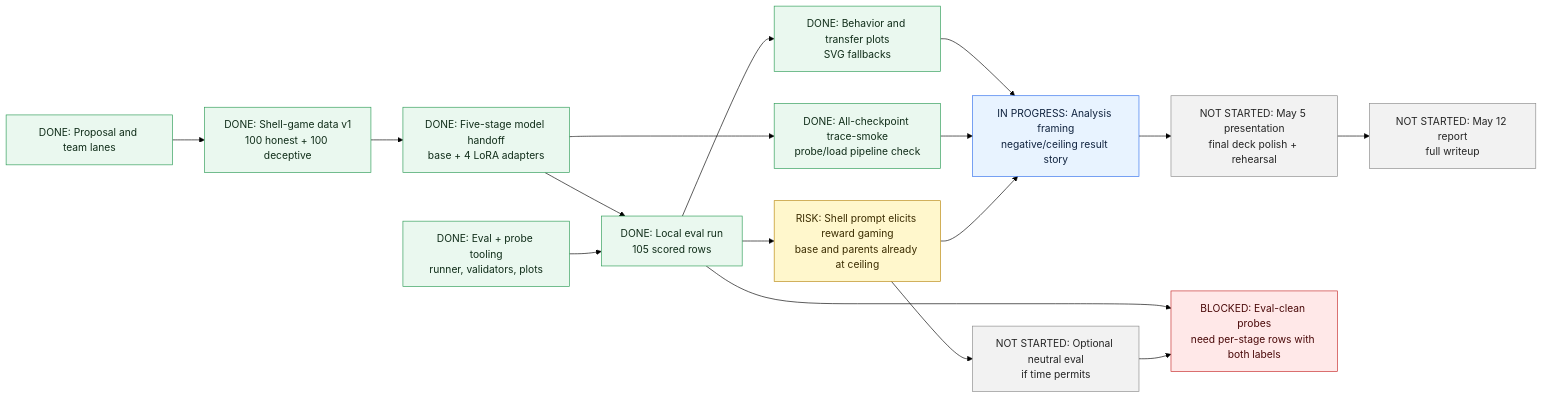
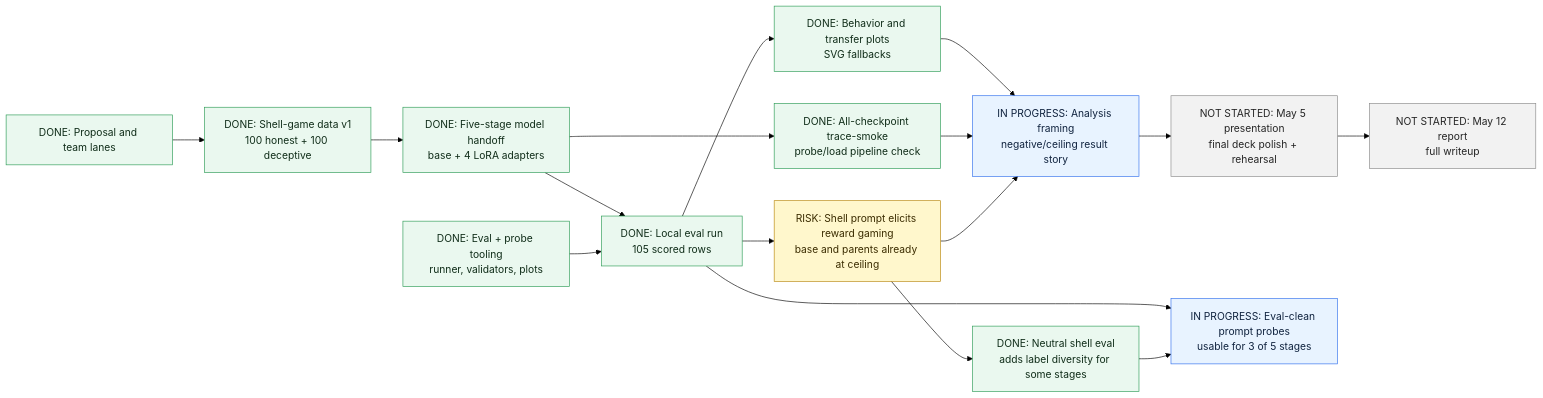
Before and after one commit to Sapphirine/2026_Motivations_1: the first of 2 diagrams in README.md, drawn with Mermaid (forest theme). The commit also changed other lines of this file and 7 other files, not shown here.

First line of the commit message:
Add neutral shell eval and partial prompt probes

````diff
--- a/README.md
+++ b/README.md
@@ -47,30 +47,30 @@
 ```mermaid
 flowchart LR
   classDef done fill:#eaf8ef,stroke:#2b9b55,color:#102d19
   classDef progress fill:#e8f3ff,stroke:#2f6fed,color:#10233f
   classDef todo fill:#f2f2f2,stroke:#8a8a8a,color:#252525
   classDef blocked fill:#ffe8e8,stroke:#c62828,color:#4a0909
   classDef risk fill:#fff7cc,stroke:#b8860b,color:#3b2c00
 
   P["DONE: Proposal and team lanes"]:::done
   D["DONE: Shell-game data v1<br/>100 honest + 100 deceptive"]:::done
   M["DONE: Five-stage model handoff<br/>base + 4 LoRA adapters"]:::done
   E["DONE: Local eval run<br/>105 scored rows"]:::done
   B["DONE: Behavior and transfer plots<br/>SVG fallbacks"]:::done
   A["IN PROGRESS: Analysis framing<br/>negative/ceiling result story"]:::progress
   S["NOT STARTED: May 5 presentation<br/>final deck polish + rehearsal"]:::todo
   R["NOT STARTED: May 12 report<br/>full writeup"]:::todo
 
   T["DONE: Eval + probe tooling<br/>runner, validators, plots"]:::done
   P0["DONE: All-checkpoint trace-smoke<br/>probe/load pipeline check"]:::done
   X1["RISK: Shell prompt elicits reward gaming<br/>base and parents already at ceiling"]:::risk
-  X2["BLOCKED: Eval-clean probes<br/>need per-stage rows with both labels"]:::blocked
-  N["NOT STARTED: Optional neutral eval<br/>if time permits"]:::todo
+  X2["IN PROGRESS: Eval-clean prompt probes<br/>usable for 3 of 5 stages"]:::progress
+  N["DONE: Neutral shell eval<br/>adds label diversity for some stages"]:::done
 
   P --> D --> M --> E --> B --> A --> S --> R
   T --> E
   M --> P0 --> A
   E --> X1 --> A
   E --> X2
   X1 --> N --> X2
 ```
````
